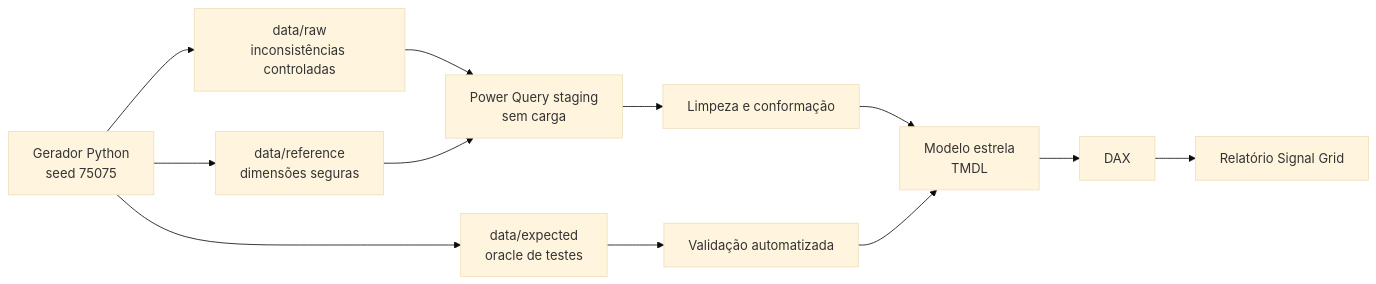
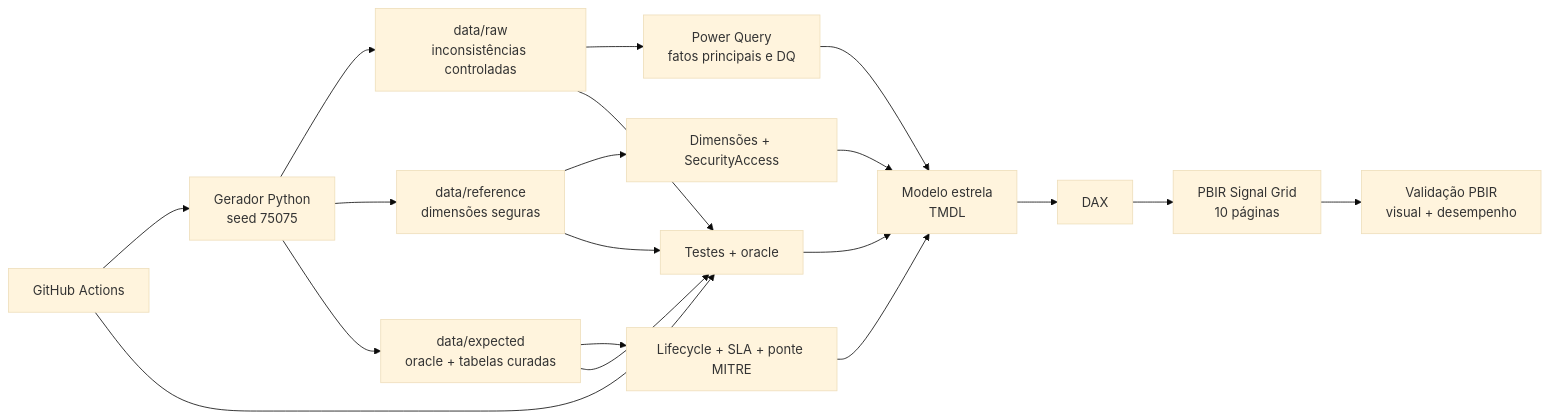
The diagram in docs/DATA_LINEAGE.md (EDY075/EDY-SOC-Analytics), drawn with Mermaid (base theme) before and after one commit. The commit also changed other lines of this file and 26 other files, not shown here.

````diff
--- a/docs/DATA_LINEAGE.md
+++ b/docs/DATA_LINEAGE.md
@@ -3,14 +3,21 @@
 ```mermaid
 flowchart LR
   G[Gerador Python\nseed 75075] --> R[data/raw\ninconsistências controladas]
   G --> Ref[data/reference\ndimensões seguras]
-  G --> E[data/expected\noracle de testes]
-  R --> S[Power Query staging\nsem carga]
-  Ref --> S
-  S --> Q[Limpeza e conformação]
-  Q --> M[Modelo estrela\nTMDL]
+  G --> E[data/expected\noracle + tabelas curadas]
+  R --> S[Power Query\nfatos principais e DQ]
+  Ref --> Dim[Dimensões + SecurityAccess]
+  S --> M[Modelo estrela\nTMDL]
+  Dim --> M
+  E --> Aux[Lifecycle + SLA + ponte MITRE]
+  Aux --> M
   M --> D[DAX]
-  D --> P[Relatório Signal Grid]
-  E --> V[Validação automatizada]
+  D --> P[PBIR Signal Grid\n10 páginas]
+  E --> V[Testes + oracle]
+  R --> V
+  Ref --> V
   V --> M
+  P --> Perf[Validação PBIR\nvisual + desempenho]
+  CI[GitHub Actions] --> G
+  CI --> V
 ```
````
